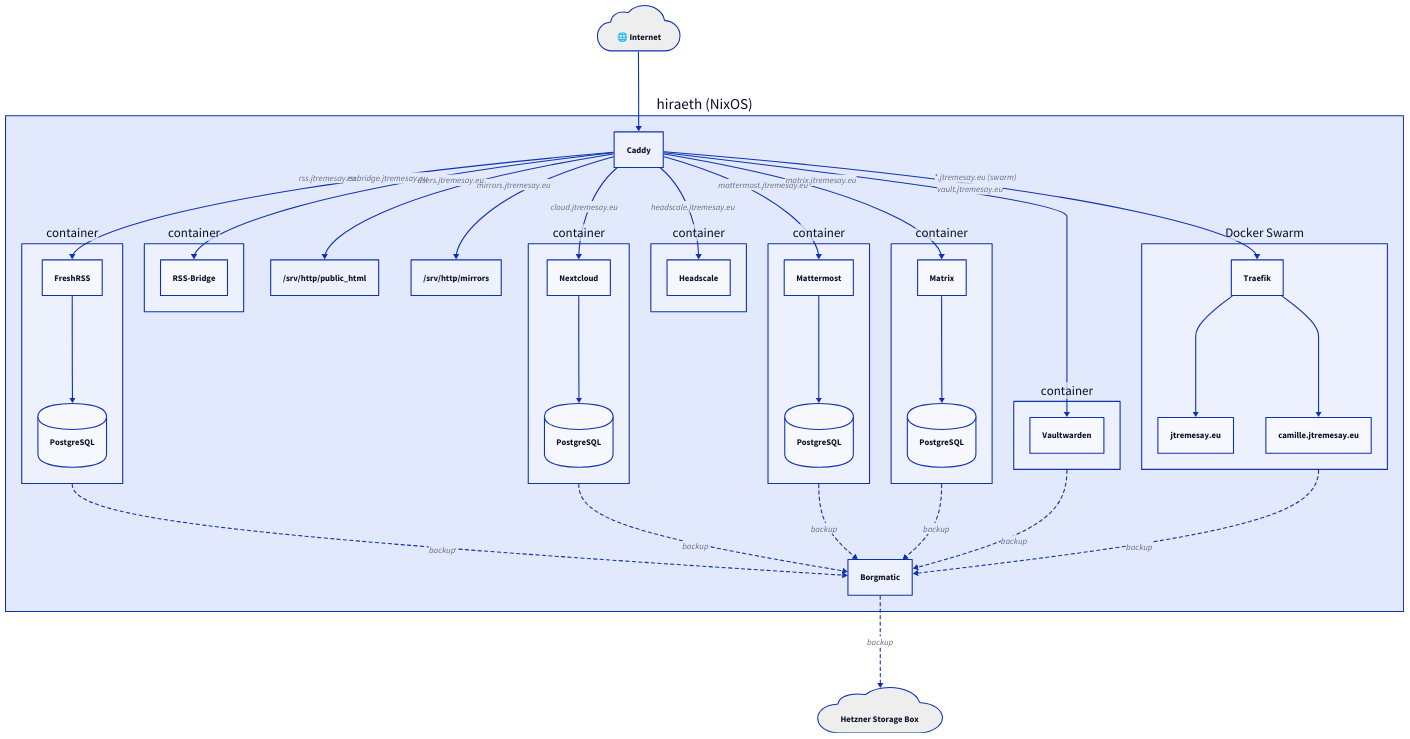
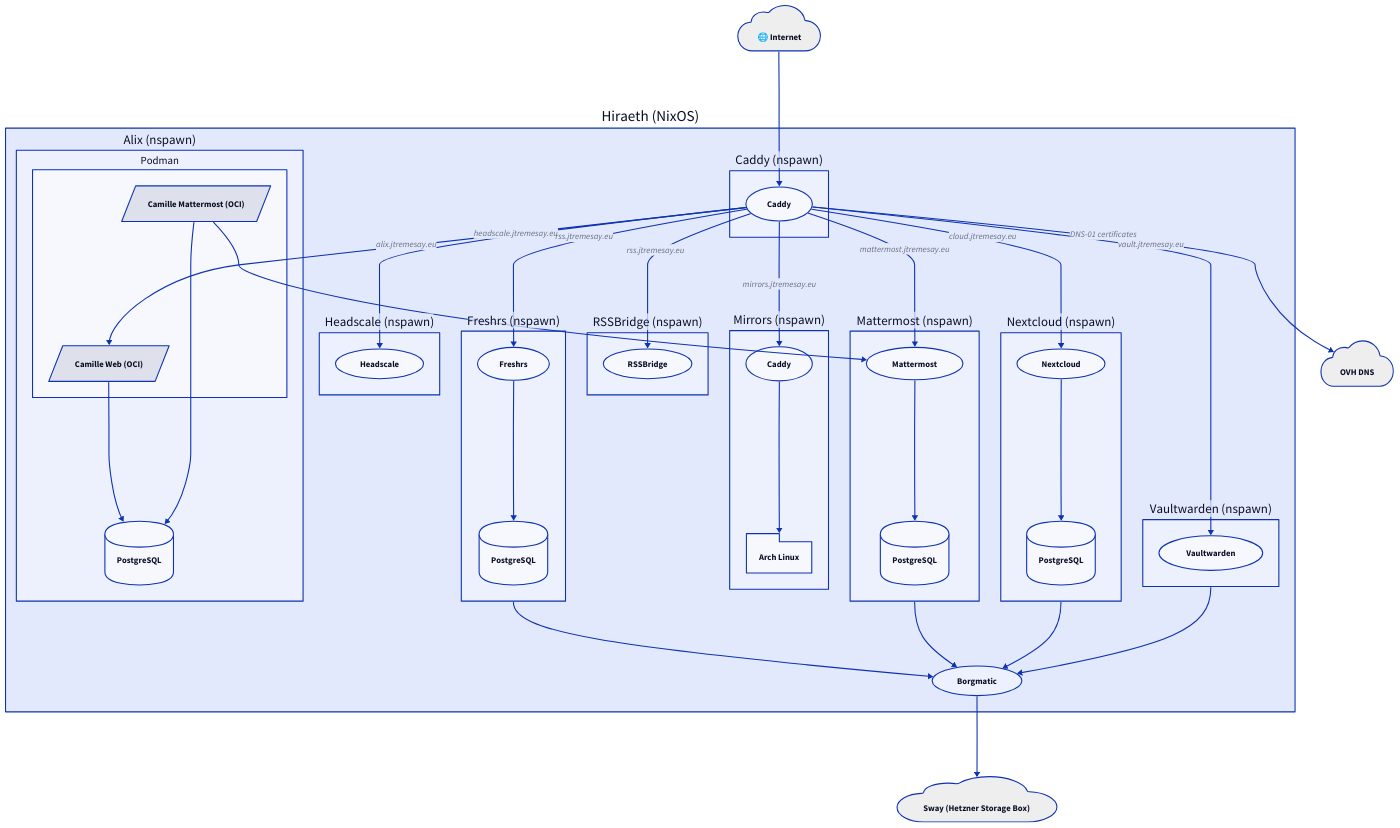
The diagram in infra.d2 (jtremesay/infra), drawn with D2 before and after one commit. The commit also changed 1 other file, not shown here.

Commit message:
update infra graph

```diff
--- a/infra.d2
+++ b/infra.d2
@@ -1,87 +1,129 @@
 direction: down
 
-Internet: 🌐 Internet {
+internet: 🌐 Internet {
   shape: cloud
   style.fill: "#eeeeee"
 }
 
-Sway: Hetzner Storage Box {
+m_sway: Sway (Hetzner Storage Box) {
   shape: cloud
   style.fill: "#eeeeee"
 }
 
-hiraeth: hiraeth (NixOS) {
-
-  Caddy
-
-  mod_web_freshrss: container {
-    FreshRSS
-    FreshRSS_PG: PostgreSQL { shape: cylinder }
-    FreshRSS -> FreshRSS_PG
+m_hiraeth: Hiraeth (NixOS) {
+  cn_caddy: Caddy (nspawn) {
+    s_caddy: Caddy {
+      shape: oval
+    }
   }
 
-  mod_web_rssbridge: container {
-    RSSBridge: RSS-Bridge
+  cn_alix: Alix (nspawn) {
+    s_pg: PostgreSQL {
+      shape: cylinder
+    }
+
+    podman: Podman {
+      co_alix_web: Camille Web (OCI) {
+        shape: parallelogram
+      }
+
+      co_alix_mattermost: Camille Mattermost (OCI) {
+        shape: parallelogram
+      }
+    }
   }
 
-  mod_web_vaultwarden: container {
-    Vaultwarden
+  cn_freshrs: Freshrs (nspawn) {
+    s_pg: PostgreSQL {
+      shape: cylinder
+    }
+
+    s_freshrs: Freshrs {
+      shape: oval
+    }
   }
 
-  mod_web_nextcloud: container {
-    Nextcloud
-    Nextcloud_PG: PostgreSQL { shape: cylinder }
-    Nextcloud -> Nextcloud_PG
+  cn_headscale: Headscale (nspawn) {
+    s_headscale: Headscale {
+      shape: oval
+    }
   }
 
-  mod_web_mattermost: container {
-    Mattermost
-    Mattermost_PG: PostgreSQL { shape: cylinder }
-    Mattermost -> Mattermost_PG
+  cn_mattermost: Mattermost (nspawn) {
+    s_mattermost: Mattermost {
+      shape: oval
+    }
+
+    s_pg: PostgreSQL {
+      shape: cylinder
+    }
   }
 
-  mod_web_matrix: container {
-    Matrix
-    Matrix_PG: PostgreSQL { shape: cylinder }
-    Matrix -> Matrix_PG
+  cn_mirrors: Mirrors (nspawn) {
+    s_caddy: Caddy {
+      shape: oval
+    }
+
+    d_archlinux: Arch Linux {
+      shape: package
+    }
   }
 
-  mod_net_headscale: container {
-    Headscale
+  cn_nextcloud: Nextcloud (nspawn) {
+    s_pg: PostgreSQL {
+      shape: cylinder
+    }
+
+    s_nextcloud: Nextcloud {
+      shape: oval
+    }
   }
 
-  PublicHTML: /srv/http/public_html
-  Mirrors: /srv/http/mirrors
-
-  mod_swarm: Docker Swarm {
-    Traefik
-    JtremesayOrg: jtremesay.eu
-    CamilleOrg: camille.jtremesay.eu
-    Traefik -> JtremesayOrg
-    Traefik -> CamilleOrg
+  cn_rssbridge: RSSBridge (nspawn) {
+    s_rssbridge: RSSBridge {
+      shape: oval
+    }
   }
 
-  Borgmatic
+  cn_vaultwarden: Vaultwarden (nspawn) {
+    s_vaultwarden: Vaultwarden {
+      shape: oval
+    }
+  }
+
+  s_borgmatic: Borgmatic {
+    shape: oval
+  }
 }
 
-Internet -> hiraeth.Caddy
+ovh: OVH DNS {
+  shape: cloud
+  style.fill: "#eeeeee"
+}
 
-hiraeth.Caddy -> hiraeth.mod_web_freshrss.FreshRSS: rss.jtremesay.eu
-hiraeth.Caddy -> hiraeth.mod_web_rssbridge.RSSBridge: rssbridge.jtremesay.eu
-hiraeth.Caddy -> hiraeth.mod_web_vaultwarden.Vaultwarden: vault.jtremesay.eu
-hiraeth.Caddy -> hiraeth.mod_web_nextcloud.Nextcloud: cloud.jtremesay.eu
-hiraeth.Caddy -> hiraeth.mod_web_mattermost.Mattermost: mattermost.jtremesay.eu
-hiraeth.Caddy -> hiraeth.mod_web_matrix.Matrix: matrix.jtremesay.eu
-hiraeth.Caddy -> hiraeth.mod_net_headscale.Headscale: headscale.jtremesay.eu
-hiraeth.Caddy -> hiraeth.PublicHTML: users.jtremesay.eu
-hiraeth.Caddy -> hiraeth.Mirrors: mirrors.jtremesay.eu
-hiraeth.Caddy -> hiraeth.mod_swarm.Traefik: *.jtremesay.eu (swarm)
+internet -> m_hiraeth.cn_caddy.s_caddy
+m_hiraeth.cn_caddy.s_caddy -> ovh: DNS-01 certificates
+m_hiraeth.cn_caddy.s_caddy -> m_hiraeth.cn_alix.podman.co_alix_web: alix.jtremesay.eu
+m_hiraeth.cn_caddy.s_caddy -> m_hiraeth.cn_freshrs.s_freshrs: rss.jtremesay.eu
+m_hiraeth.cn_caddy.s_caddy -> m_hiraeth.cn_headscale.s_headscale: headscale.jtremesay.eu
+m_hiraeth.cn_caddy.s_caddy -> m_hiraeth.cn_mattermost.s_mattermost: mattermost.jtremesay.eu
+m_hiraeth.cn_caddy.s_caddy -> m_hiraeth.cn_mirrors.s_caddy: mirrors.jtremesay.eu
+m_hiraeth.cn_caddy.s_caddy -> m_hiraeth.cn_nextcloud.s_nextcloud: cloud.jtremesay.eu
+m_hiraeth.cn_caddy.s_caddy -> m_hiraeth.cn_rssbridge.s_rssbridge: rss.jtremesay.eu
+m_hiraeth.cn_caddy.s_caddy -> m_hiraeth.cn_vaultwarden.s_vaultwarden: vault.jtremesay.eu
 
-hiraeth.mod_web_freshrss -> hiraeth.Borgmatic: backup { style.stroke-dash: 3 }
-hiraeth.mod_web_nextcloud -> hiraeth.Borgmatic: backup { style.stroke-dash: 3 }
-hiraeth.mod_web_mattermost -> hiraeth.Borgmatic: backup { style.stroke-dash: 3 }
-hiraeth.mod_web_matrix -> hiraeth.Borgmatic: backup { style.stroke-dash: 3 }
-hiraeth.mod_web_vaultwarden -> hiraeth.Borgmatic: backup { style.stroke-dash: 3 }
-hiraeth.mod_swarm -> hiraeth.Borgmatic: backup { style.stroke-dash: 3 }
+m_hiraeth.cn_alix.podman.co_alix_web -> m_hiraeth.cn_alix.s_pg
+m_hiraeth.cn_alix.podman.co_alix_mattermost -> m_hiraeth.cn_alix.s_pg
+m_hiraeth.cn_alix.podman.co_alix_mattermost -> m_hiraeth.cn_mattermost.s_mattermost
 
-hiraeth.Borgmatic -> Sway: backup { style.stroke-dash: 3 }
+m_hiraeth.cn_freshrs.s_freshrs -> m_hiraeth.cn_freshrs.s_pg
+m_hiraeth.cn_mirrors.s_caddy -> m_hiraeth.cn_mirrors.d_archlinux
+m_hiraeth.cn_mattermost.s_mattermost -> m_hiraeth.cn_mattermost.s_pg
+m_hiraeth.cn_nextcloud.s_nextcloud -> m_hiraeth.cn_nextcloud.s_pg
+
+m_hiraeth.cn_freshrs -> m_hiraeth.s_borgmatic
+m_hiraeth.cn_mattermost -> m_hiraeth.s_borgmatic
+m_hiraeth.cn_nextcloud -> m_hiraeth.s_borgmatic
+m_hiraeth.cn_vaultwarden -> m_hiraeth.s_borgmatic
+
+m_hiraeth.s_borgmatic -> m_sway
```
